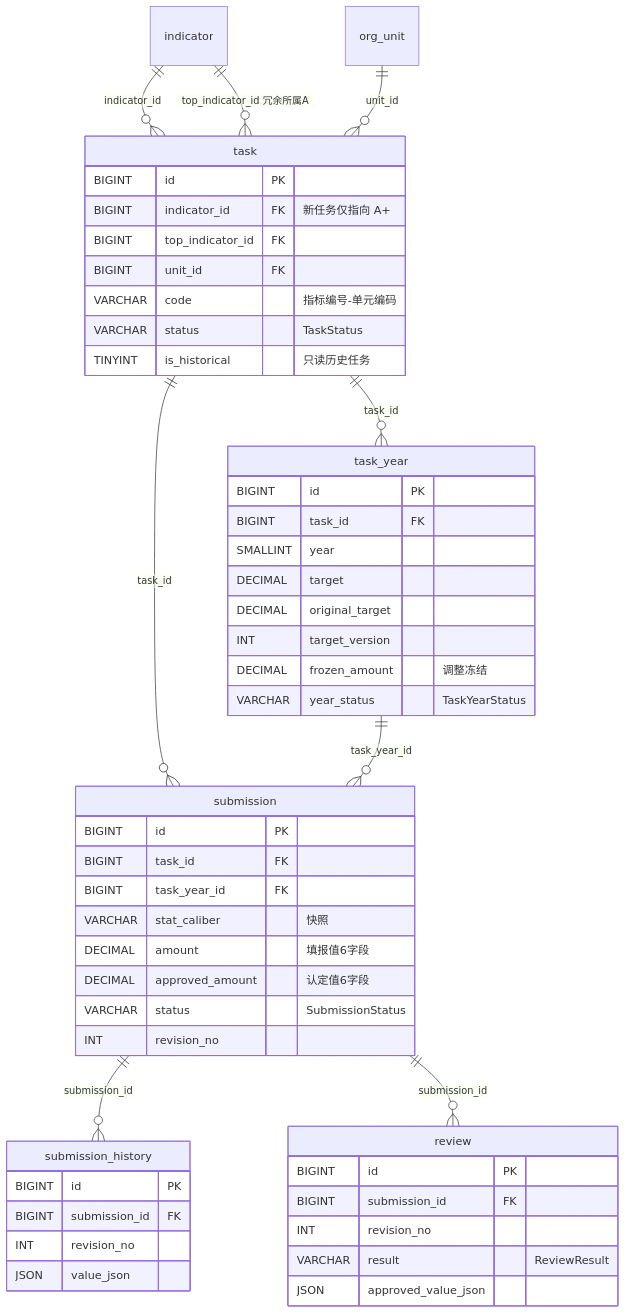
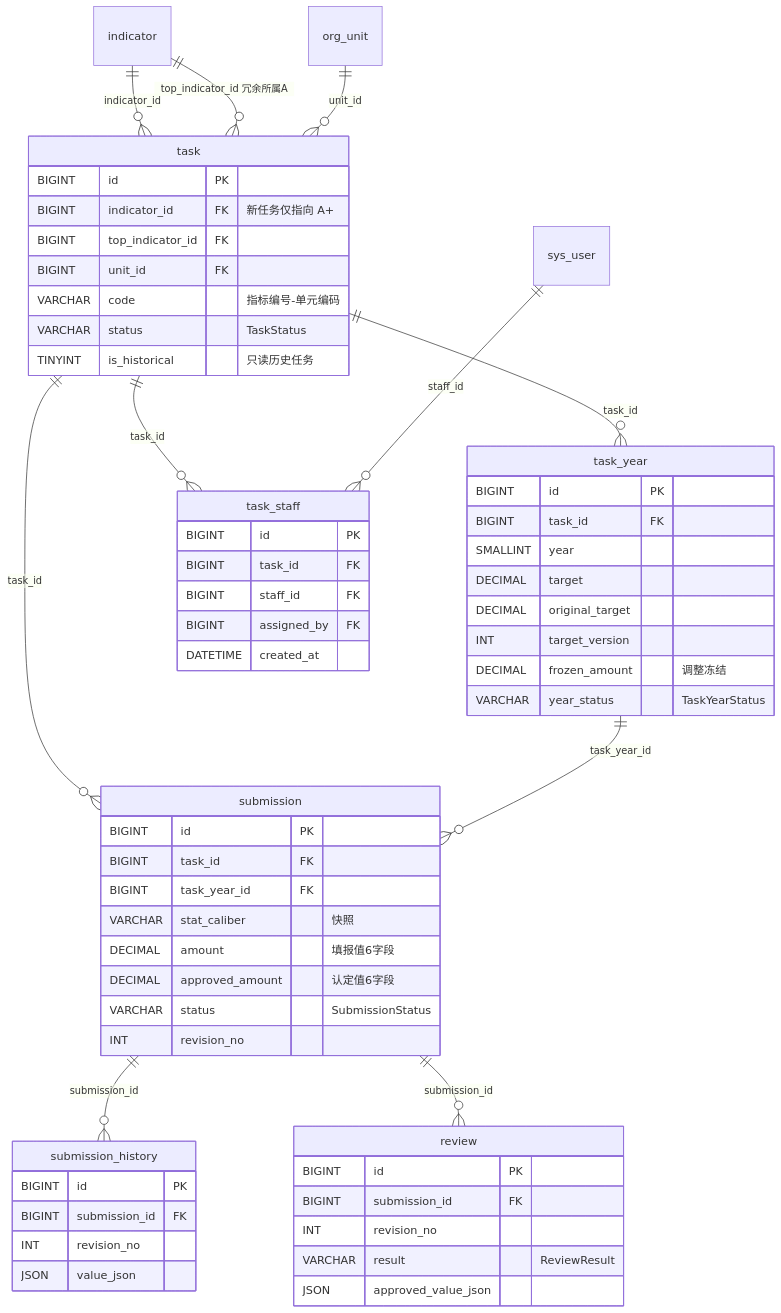
The third of 5 diagrams in docs/数据库设计.md (encoXJH/FR-Five-Year-Plan), drawn with Mermaid before and after one commit. The commit also changed other lines of this file and 167 other files, not shown here.

````diff
--- a/docs/数据库设计.md
+++ b/docs/数据库设计.md
@@ -208,54 +210,63 @@
 ```mermaid
 erDiagram
   indicator ||--o{ task : "indicator_id"
   indicator ||--o{ task : "top_indicator_id 冗余所属A"
   org_unit ||--o{ task : "unit_id"
   task ||--o{ task_year : "task_id"
+  task ||--o{ task_staff : "task_id"
+  sys_user ||--o{ task_staff : "staff_id"
   task ||--o{ submission : "task_id"
   task_year ||--o{ submission : "task_year_id"
   submission ||--o{ submission_history : "submission_id"
   submission ||--o{ review : "submission_id"
 
   task {
     BIGINT id PK
     BIGINT indicator_id FK "新任务仅指向 A+"
     BIGINT top_indicator_id FK
     BIGINT unit_id FK
     VARCHAR code "指标编号-单元编码"
     VARCHAR status "TaskStatus"
     TINYINT is_historical "只读历史任务"
+  }
+  task_staff {
+    BIGINT id PK
+    BIGINT task_id FK
+    BIGINT staff_id FK
+    BIGINT assigned_by FK
+    DATETIME created_at
   }
   task_year {
     BIGINT id PK
     BIGINT task_id FK
     SMALLINT year
     DECIMAL target
     DECIMAL original_target
     INT target_version
     DECIMAL frozen_amount "调整冻结"
     VARCHAR year_status "TaskYearStatus"
   }
   submission {
     BIGINT id PK
     BIGINT task_id FK
     BIGINT task_year_id FK
     VARCHAR stat_caliber "快照"
     DECIMAL amount "填报值6字段"
     DECIMAL approved_amount "认定值6字段"
     VARCHAR status "SubmissionStatus"
     INT revision_no
   }
   submission_history {
     BIGINT id PK
     BIGINT submission_id FK
     INT revision_no
     JSON value_json
   }
   review {
     BIGINT id PK
     BIGINT submission_id FK
     INT revision_no
     VARCHAR result "ReviewResult"
     JSON approved_value_json
   }
 ```
````
